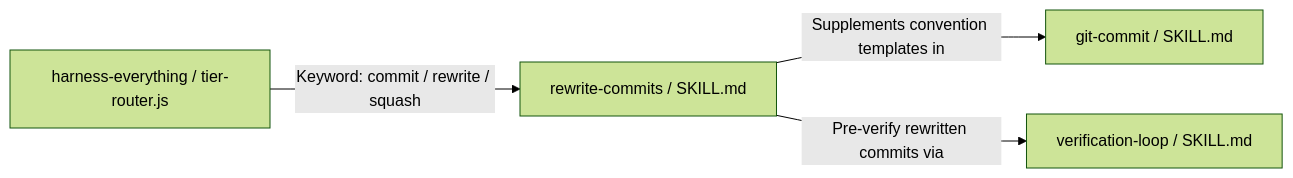
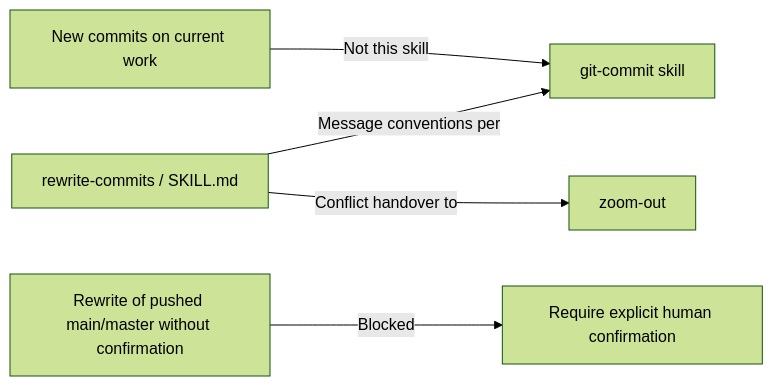
One commit to dyphn1/Harness-everything changed the fourth of 4 diagrams in docs/workflows/rewrite-commits.md. Above: the diagram before and after it, drawn with Mermaid (forest theme). The commit also changed other lines of this file and 16 other files, not shown here.

````diff
--- a/docs/workflows/rewrite-commits.md
+++ b/docs/workflows/rewrite-commits.md
@@ -29,6 +41,7 @@
 ```mermaid
 graph LR
-  Router["harness-everything / tier-router.js"] -->|Keyword: commit / rewrite / squash| Rewrite["rewrite-commits / SKILL.md"]
-  Rewrite -->|Supplements convention templates in| GitCommit["git-commit / SKILL.md"]
-  Rewrite -->|Pre-verify rewritten commits via| VerLoop["verification-loop / SKILL.md"]
+  RewriteSkill2["rewrite-commits / SKILL.md"] -->|Message conventions per| GitCommit["git-commit skill"]
+  RewriteSkill2 -->|Conflict handover to| ZoomOut["zoom-out"]
+  NewCommitReq["New commits on current work"] -->|Not this skill| GitCommit
+  PushedMain["Rewrite of pushed main/master without confirmation"] -->|Blocked| NeedConfirm["Require explicit human confirmation"]
 ```
````
